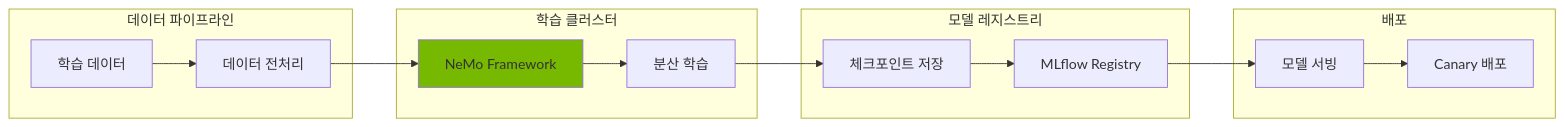
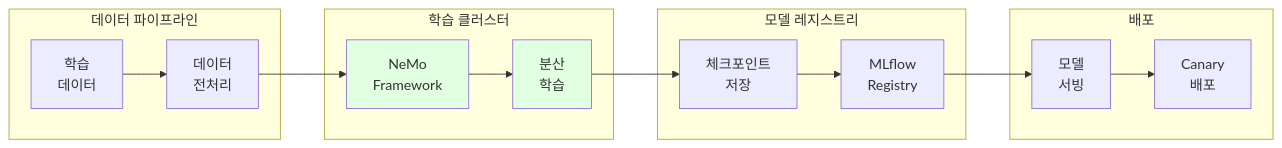
Diagram 14 of 16 in docs/agentic-ai-platform/design-architecture/agentic-ai-challenges.md (devfloor9/engineering-playbook), drawn with Mermaid before and after one commit. The commit also changed other lines of this file and 24 other files, not shown here.

````diff
--- a/docs/agentic-ai-platform/design-architecture/agentic-ai-challenges.md
+++ b/docs/agentic-ai-platform/design-architecture/agentic-ai-challenges.md
@@ -796,32 +833,33 @@
 ```mermaid
-graph LR
-    subgraph "데이터 파이프라인"
-        DATA["학습 데이터"]
-        PREP["데이터 전처리"]
+flowchart LR
+    subgraph DataPipeline["데이터 파이프라인"]
+        DATA["학습<br/>데이터"]
+        PREP["데이터<br/>전처리"]
     end
 
-    subgraph "학습 클러스터"
-        NEMO["NeMo Framework"]
-        DIST["분산 학습"]
+    subgraph TrainingCluster["학습 클러스터"]
+        NEMO["NeMo<br/>Framework"]
+        DIST["분산<br/>학습"]
     end
 
-    subgraph "모델 레지스트리"
-        CKPT["체크포인트 저장"]
-        MLFLOW["MLflow Registry"]
+    subgraph ModelRegistry["모델 레지스트리"]
+        CKPT["체크포인트<br/>저장"]
+        MLFLOW["MLflow<br/>Registry"]
     end
 
-    subgraph "배포"
-        SERVE["모델 서빙"]
-        CANARY["Canary 배포"]
+    subgraph Deployment["배포"]
+        SERVE["모델<br/>서빙"]
+        CANARY["Canary<br/>배포"]
     end
 
     DATA --> PREP
     PREP --> NEMO
     NEMO --> DIST
     DIST --> CKPT
     CKPT --> MLFLOW
     MLFLOW --> SERVE
     SERVE --> CANARY
 
-    style NEMO fill:#76b900
+    style NEMO fill:#e1ffe1
+    style DIST fill:#e1ffe1
 ```
````
